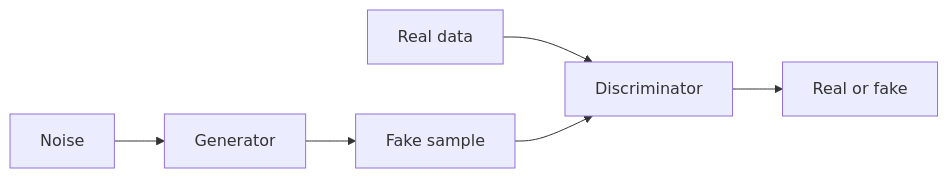
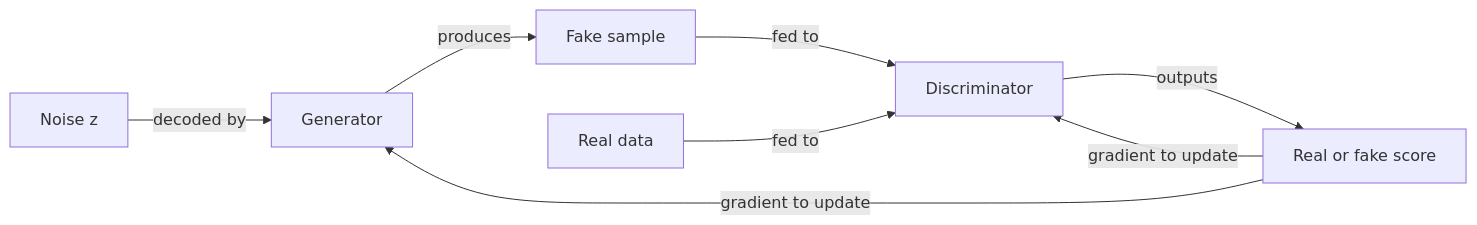
One commit to EmersonBraun/ai-summary-hub changed the diagram in docs/gans/index.md. Above: the diagram before and after it, drawn with Mermaid. The commit also changed other lines of this file and 77 other files, not shown here.

````diff
--- a/docs/gans/index.md
+++ b/docs/gans/index.md
@@ -21,8 +31,10 @@
 ```mermaid
 flowchart LR
-  Z[Noise] --> G[Generator]
-  G --> Fake[Fake sample]
-  Real[Real data] --> D[Discriminator]
-  Fake --> D
-  D --> Out[Real or fake]
+  Z[Noise z] -->|decoded by| G[Generator]
+  G -->|produces| Fake[Fake sample]
+  Real[Real data] -->|fed to| D[Discriminator]
+  Fake -->|fed to| D
+  D -->|outputs| Score[Real or fake score]
+  Score -->|gradient to update| G
+  Score -->|gradient to update| D
 ```
````
